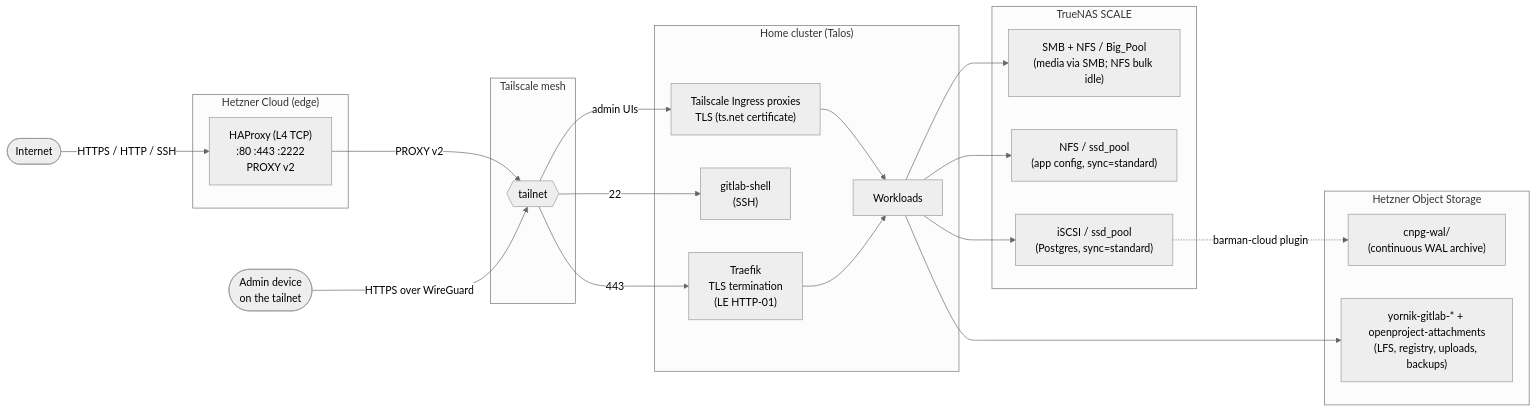
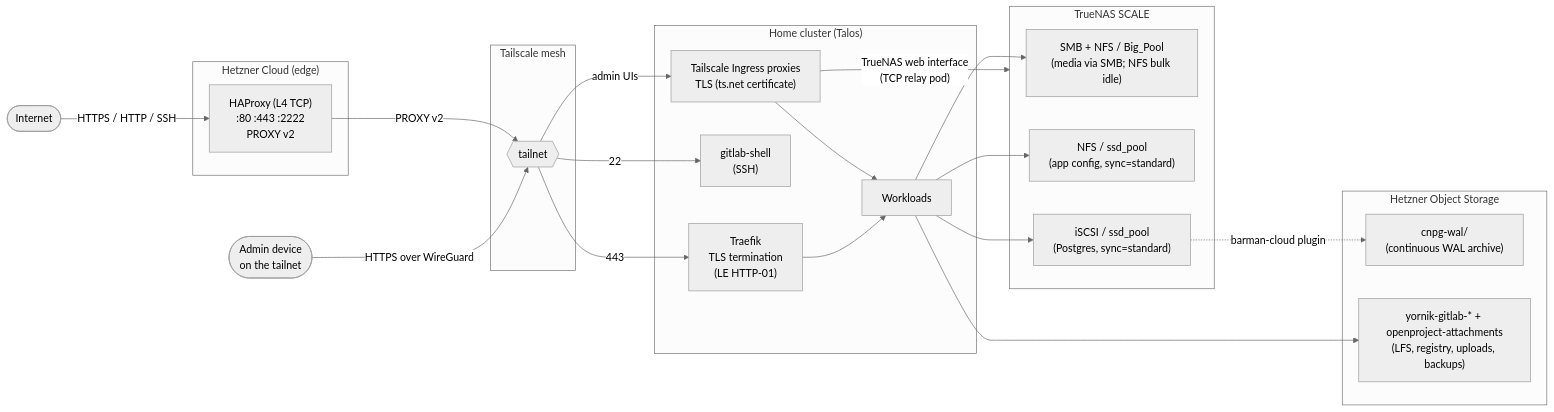
The diagram in docs/tech/README.md (Yornik/sharkshere-gitops), drawn with Mermaid (neutral theme) before and after one commit. The commit also changed other lines of this file and 12 other files, not shown here.

First line of the commit message:
feat(truenas): publish the web interface on the tailnet

````diff
--- a/docs/tech/README.md
+++ b/docs/tech/README.md
@@ -38,40 +38,41 @@
 ```mermaid
 flowchart LR
   Internet([Internet])
   Admin([Admin device<br/>on the tailnet])
   subgraph Hetzner["Hetzner Cloud (edge)"]
     HAProxy["HAProxy (L4 TCP)<br/>:80 :443 :2222<br/>PROXY v2"]
   end
   subgraph TS["Tailscale mesh"]
     Mesh{{tailnet}}
   end
   subgraph Home["Home cluster (Talos)"]
     Traefik["Traefik<br/>TLS termination<br/>(LE HTTP-01)"]
     Apps[Workloads]
     GitlabShell["gitlab-shell<br/>(SSH)"]
     TSProxy["Tailscale Ingress proxies<br/>TLS (ts.net certificate)"]
   end
   subgraph NAS["TrueNAS SCALE"]
     HDD["SMB + NFS / Big_Pool<br/>(media via SMB; NFS bulk idle)"]
     SSD_NFS["NFS / ssd_pool<br/>(app config, sync=standard)"]
     SSD_iSCSI["iSCSI / ssd_pool<br/>(Postgres, sync=standard)"]
   end
   subgraph S3["Hetzner Object Storage"]
     WAL["cnpg-wal/<br/>(continuous WAL archive)"]
     Buckets["yornik-gitlab-* + openproject-attachments<br/>(LFS, registry, uploads, backups)"]
   end
 
   Internet -->|HTTPS / HTTP / SSH| HAProxy
   HAProxy -->|"PROXY v2"| Mesh
   Mesh -->|443| Traefik
   Mesh -->|22| GitlabShell
   Admin -->|"HTTPS over WireGuard"| Mesh
   Mesh -->|admin UIs| TSProxy
   TSProxy --> Apps
+  TSProxy -->|"TrueNAS web interface<br/>(TCP relay pod)"| NAS
   Traefik --> Apps
   Apps --> HDD
   Apps --> SSD_NFS
   Apps --> SSD_iSCSI
   Apps --> Buckets
   SSD_iSCSI -.barman-cloud plugin.-> WAL
 ```
````
